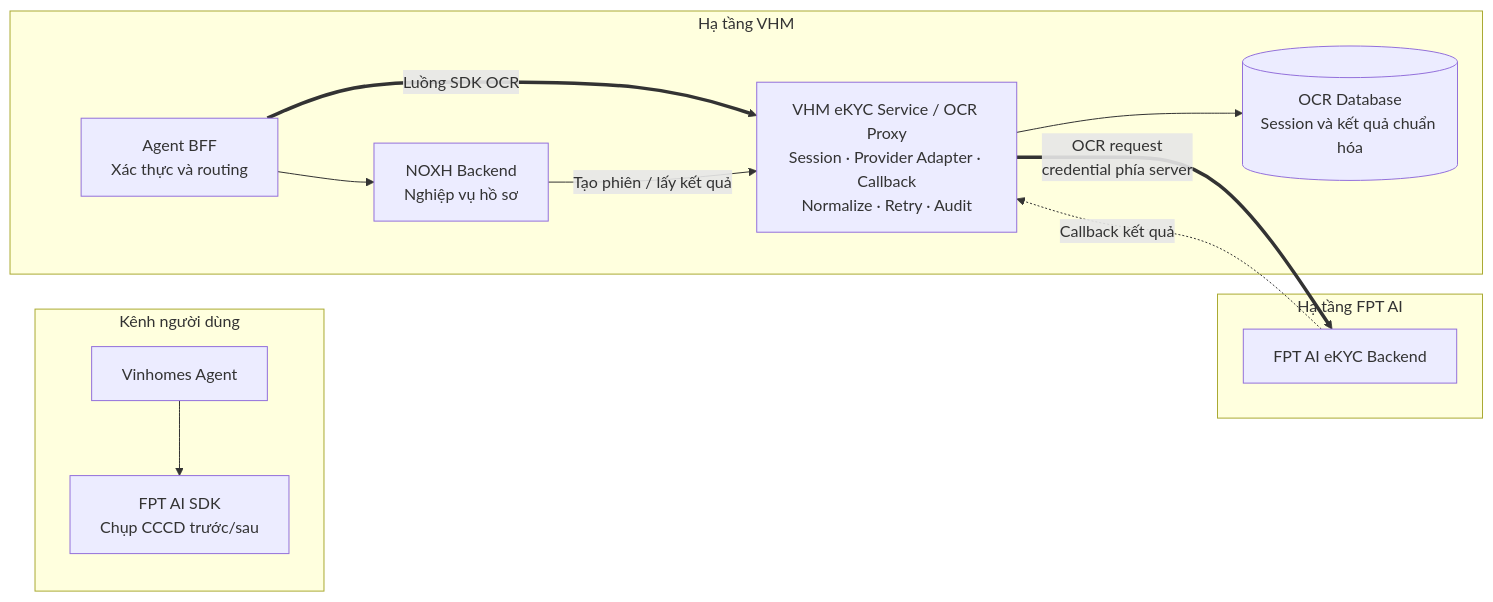
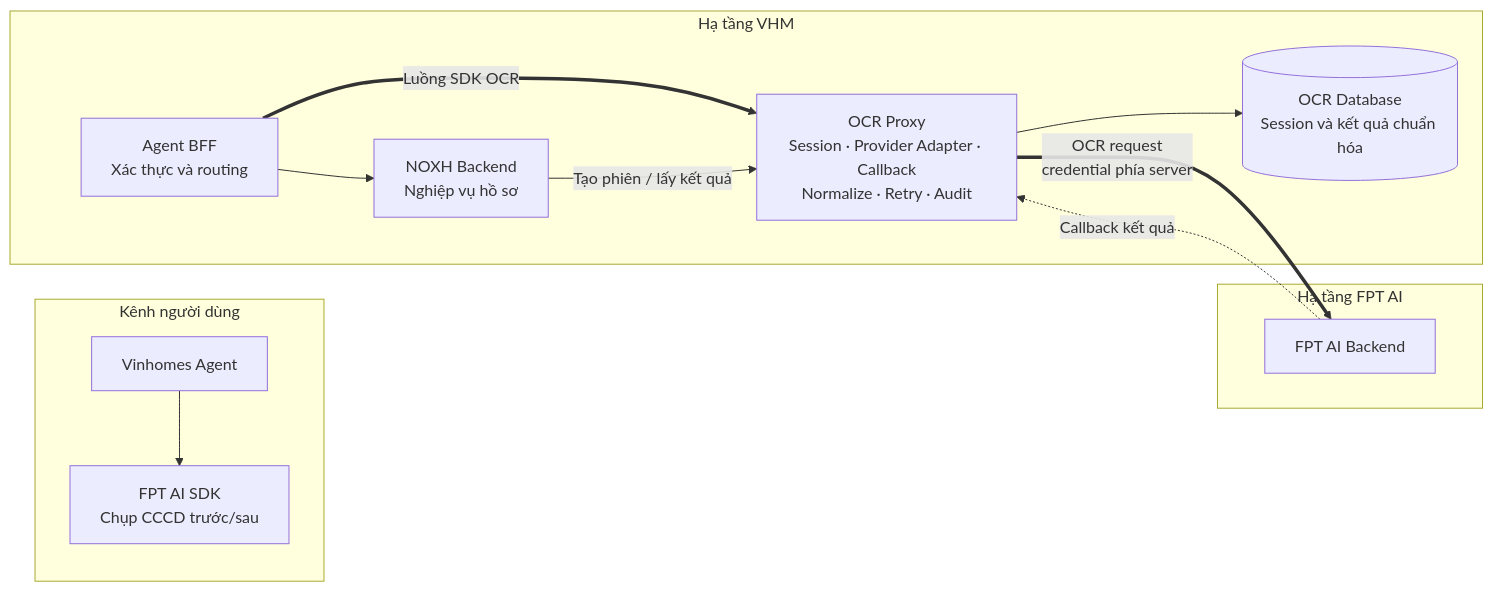
One commit to huynv-xyz/vhm changed the first of 8 diagrams in noxh.md. Above: the diagram before and after it, drawn with Mermaid. The commit also changed other lines of this file, not shown here.

````diff
--- a/noxh.md
+++ b/noxh.md
@@ -121,28 +121,28 @@
 ```mermaid
 flowchart LR
     subgraph CLIENT["Kênh người dùng"]
         AGENT["Vinhomes Agent"]
         SDK["FPT AI SDK<br/>Chụp CCCD trước/sau"]
         AGENT --> SDK
     end
 
     subgraph VHM["Hạ tầng VHM"]
         BFF["Agent BFF<br/>Xác thực và routing"]
         NOXH["NOXH Backend<br/>Nghiệp vụ hồ sơ"]
-        PROXY["VHM eKYC Service / OCR Proxy<br/>Session · Provider Adapter · Callback<br/>Normalize · Retry · Audit"]
+        PROXY["OCR Proxy<br/>Session · Provider Adapter · Callback<br/>Normalize · Retry · Audit"]
         DB[("OCR Database<br/>Session và kết quả chuẩn hóa")]
 
         BFF --> NOXH
         BFF ==>|"Luồng SDK OCR"| PROXY
         NOXH -->|"Tạo phiên / lấy kết quả"| PROXY
         PROXY --> DB
     end
 
     subgraph FPT["Hạ tầng FPT AI"]
-        PROVIDER["FPT AI eKYC Backend"]
+        PROVIDER["FPT AI Backend"]
     end
 
     PROXY ==>|"OCR request<br/>credential phía server"| PROVIDER
     PROVIDER -.->|"Callback kết quả"| PROXY
 
 ```
````
